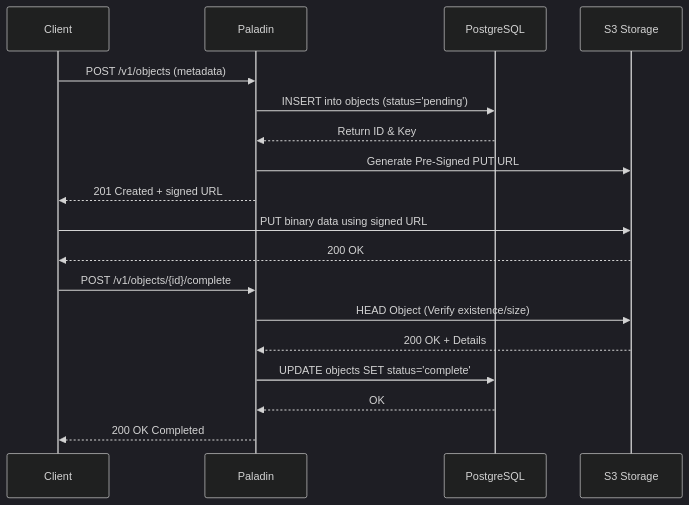
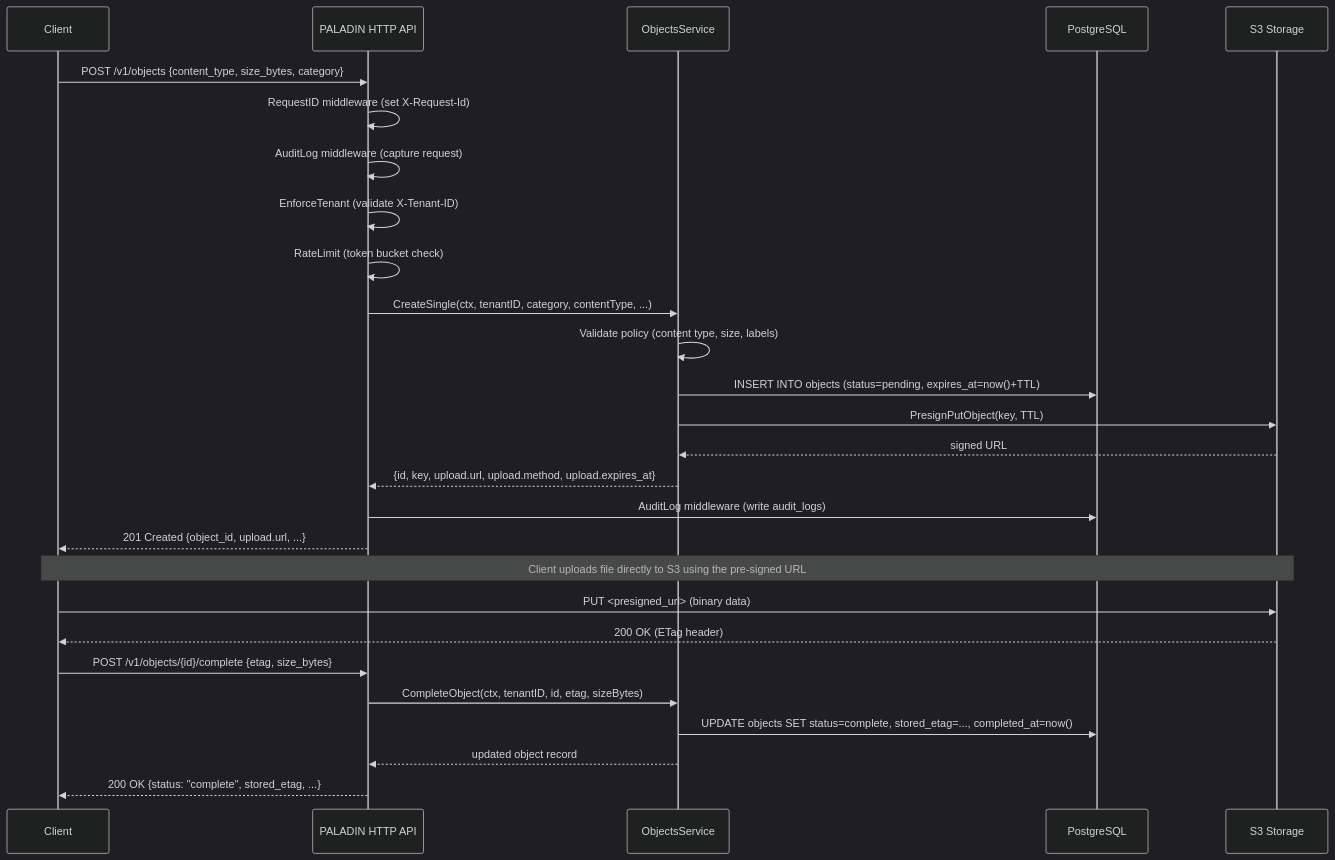
Before and after one commit to oleg-tkachuk/paladin: the second of 4 diagrams in docs/diagrams.md, drawn with Mermaid (dark theme). The commit also changed other lines of this file and 10 other files, not shown here.

````diff
--- a/docs/diagrams.md
+++ b/docs/diagrams.md
@@ -26,23 +44,33 @@
 ```mermaid
 sequenceDiagram
     participant Client
-    participant PALADIN as Paladin
+    participant PALADIN_HTTP as PALADIN HTTP API
+    participant Service as ObjectsService
     participant DB as PostgreSQL
     participant S3 as S3 Storage
 
-    Client->>PALADIN: POST /v1/objects (metadata)
-    PALADIN->>DB: INSERT into objects (status='pending')
-    DB-->>PALADIN: Return ID & Key
-    PALADIN->>S3: Generate Pre-Signed PUT URL
-    PALADIN-->>Client: 201 Created + signed URL
-    
-    Client->>S3: PUT binary data using signed URL
-    S3-->>Client: 200 OK
-    
-    Client->>PALADIN: POST /v1/objects/{id}/complete
-    PALADIN->>S3: HEAD Object (Verify existence/size)
-    S3-->>PALADIN: 200 OK + Details
-    PALADIN->>DB: UPDATE objects SET status='complete'
-    DB-->>PALADIN: OK
-    PALADIN-->>Client: 200 OK Completed
+    Client->>PALADIN_HTTP: POST /v1/objects {content_type, size_bytes, category}
+    PALADIN_HTTP->>PALADIN_HTTP: RequestID middleware (set X-Request-Id)
+    PALADIN_HTTP->>PALADIN_HTTP: AuditLog middleware (capture request)
+    PALADIN_HTTP->>PALADIN_HTTP: EnforceTenant (validate X-Tenant-ID)
+    PALADIN_HTTP->>PALADIN_HTTP: RateLimit (token bucket check)
+    PALADIN_HTTP->>Service: CreateSingle(ctx, tenantID, category, contentType, ...)
+    Service->>Service: Validate policy (content type, size, labels)
+    Service->>DB: INSERT INTO objects (status=pending, expires_at=now()+TTL)
+    Service->>S3: PresignPutObject(key, TTL)
+    S3-->>Service: signed URL
+    Service-->>PALADIN_HTTP: {id, key, upload.url, upload.method, upload.expires_at}
+    PALADIN_HTTP->>DB: AuditLog middleware (write audit_logs)
+    PALADIN_HTTP-->>Client: 201 Created {object_id, upload.url, ...}
+
+    Note over Client,S3: Client uploads file directly to S3 using the pre-signed URL
+
+    Client->>S3: PUT <presigned_url> (binary data)
+    S3-->>Client: 200 OK (ETag header)
+
+    Client->>PALADIN_HTTP: POST /v1/objects/{id}/complete {etag, size_bytes}
+    PALADIN_HTTP->>Service: CompleteObject(ctx, tenantID, id, etag, sizeBytes)
+    Service->>DB: UPDATE objects SET status=complete, stored_etag=..., completed_at=now()
+    Service-->>PALADIN_HTTP: updated object record
+    PALADIN_HTTP-->>Client: 200 OK {status: "complete", stored_etag, ...}
 ```
````
